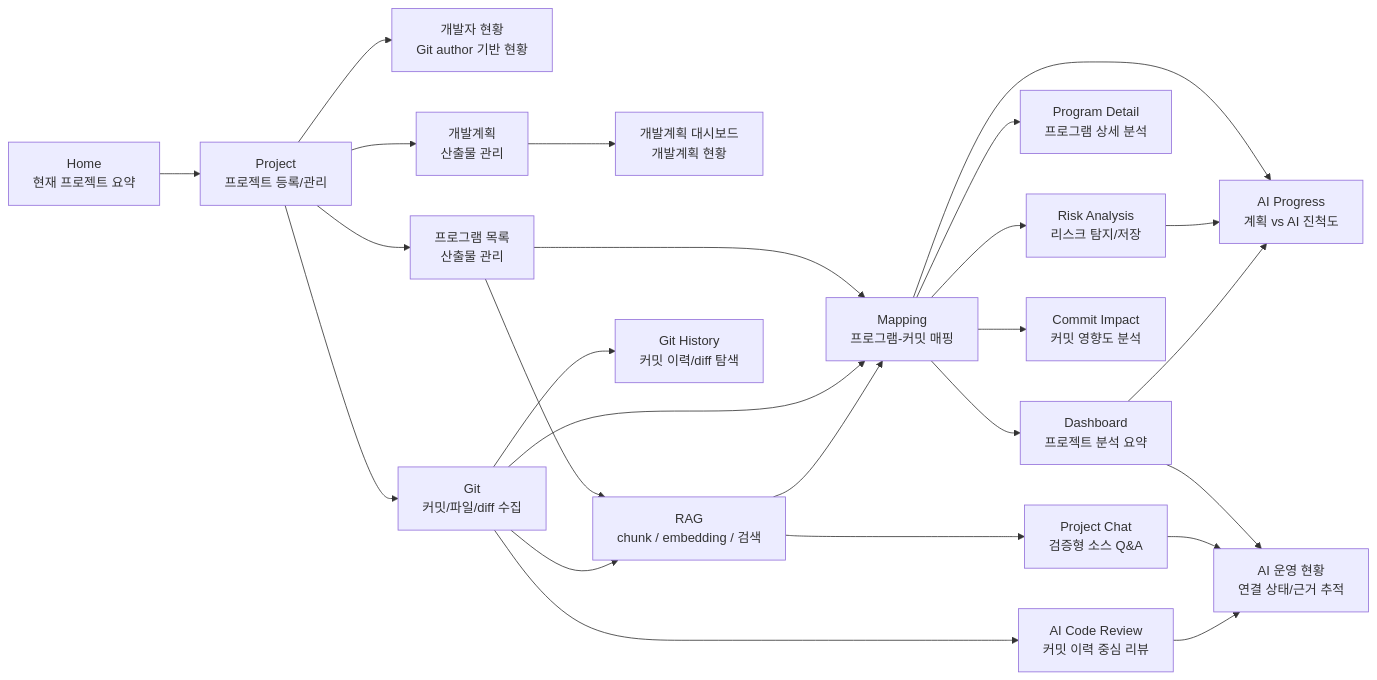
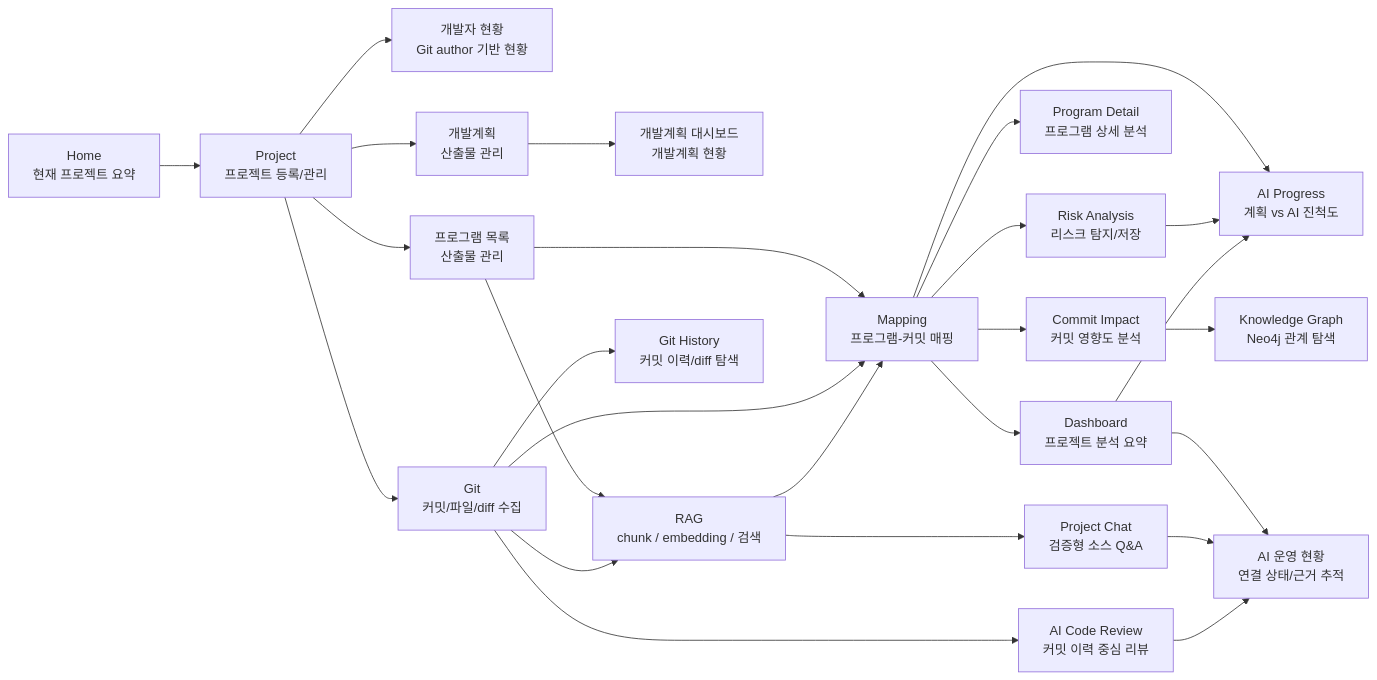
Before and after one commit to ino5/ai-commit-advisor-26: the fourth of 10 diagrams in docs/architecture.md, drawn with Mermaid. The commit also changed other lines of this file and 24 other files, not shown here.

Commit message:
Add Neo4j knowledge graph foundation

````diff
--- a/docs/architecture.md
+++ b/docs/architecture.md
@@ -176,27 +187,28 @@
 ```mermaid
 flowchart LR
     Home["Home<br/>현재 프로젝트 요약"] --> Project["Project<br/>프로젝트 등록/관리"]
     Project --> Developer["개발자 현황<br/>Git author 기반 현황"]
     Project --> Program["프로그램 목록<br/>산출물 관리"]
     Project --> PlanUpload["개발계획<br/>산출물 관리"]
     Project --> Git["Git<br/>커밋/파일/diff 수집"]
     Program --> Mapping["Mapping<br/>프로그램-커밋 매핑"]
     PlanUpload --> PlanningDashboard["개발계획 대시보드<br/>개발계획 현황"]
     Git --> Mapping
     Program --> RAG["RAG<br/>chunk / embedding / 검색"]
     Git --> RAG
     RAG --> Mapping
     RAG --> ProjectChat["Project Chat<br/>검증형 소스 Q&A"]
     Mapping --> ProgramDetail["Program Detail<br/>프로그램 상세 분석"]
     Git --> GitHistory["Git History<br/>커밋 이력/diff 탐색"]
     Mapping --> Risk["Risk Analysis<br/>리스크 탐지/저장"]
     Mapping --> Impact["Commit Impact<br/>커밋 영향도 분석"]
+    Impact --> KnowledgeGraph["Knowledge Graph<br/>Neo4j 관계 탐색"]
     Git --> CodeReview["AI Code Review<br/>커밋 이력 중심 리뷰"]
     Mapping --> Dashboard["Dashboard<br/>프로젝트 분석 요약"]
     Mapping --> AIProgress["AI Progress<br/>계획 vs AI 진척도"]
     Risk --> AIProgress
     Dashboard --> AIProgress
     Dashboard --> AIEvidence["AI 운영 현황<br/>연결 상태/근거 추적"]
     ProjectChat --> AIEvidence
     CodeReview --> AIEvidence
 ```
````
